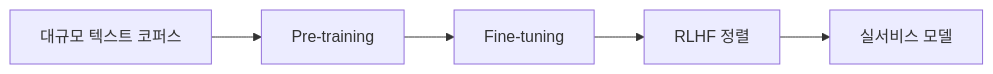
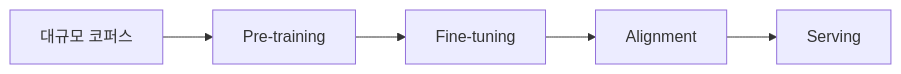
The diagram in curriculum/week08.md (sujinchoo/Ai.build.education), drawn with Mermaid before and after one commit. The commit also changed other lines of this file and 23 other files, not shown here.

````diff
--- a/curriculum/week08.md
+++ b/curriculum/week08.md
@@ -14,7 +20,7 @@
 ```mermaid
 flowchart LR
-    P[대규모 텍스트 코퍼스] --> PT[Pre-training]
-    PT --> FT[Fine-tuning]
-    FT --> R[RLHF 정렬]
-    R --> S[실서비스 모델]
+    C[대규모 코퍼스] --> P[Pre-training]
+    P --> F[Fine-tuning]
+    F --> A[Alignment]
+    A --> S[Serving]
 ```
````
